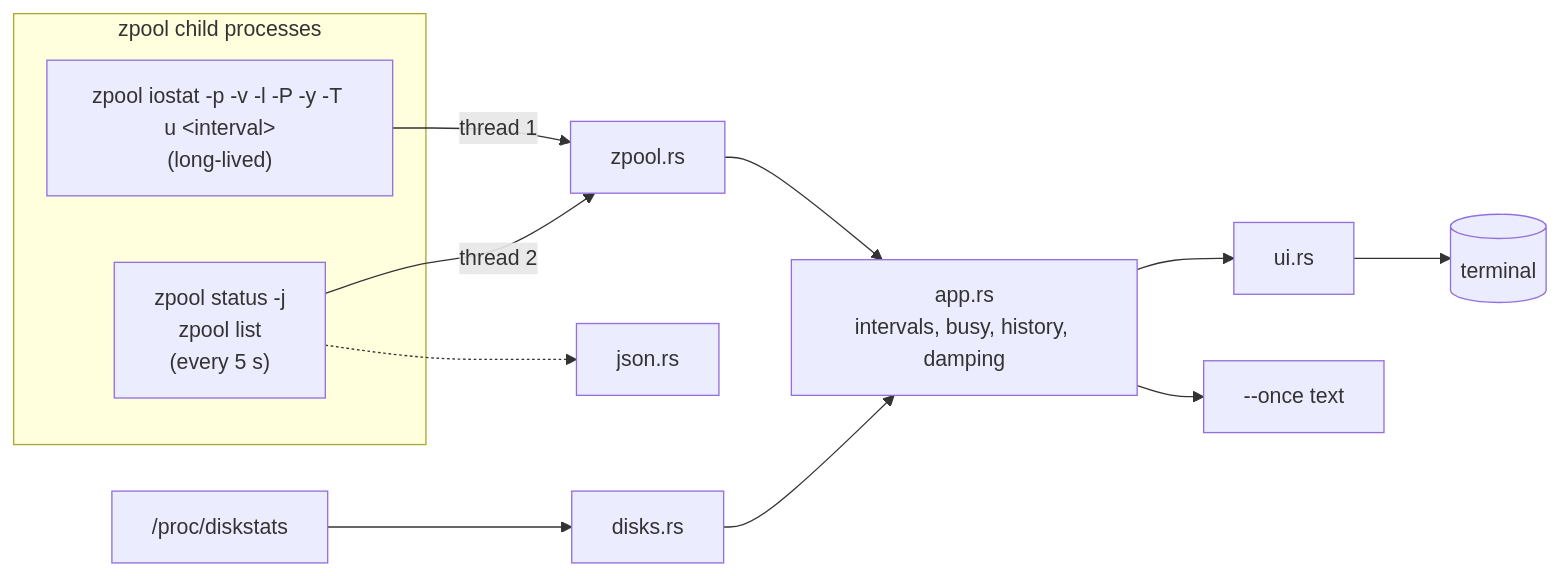
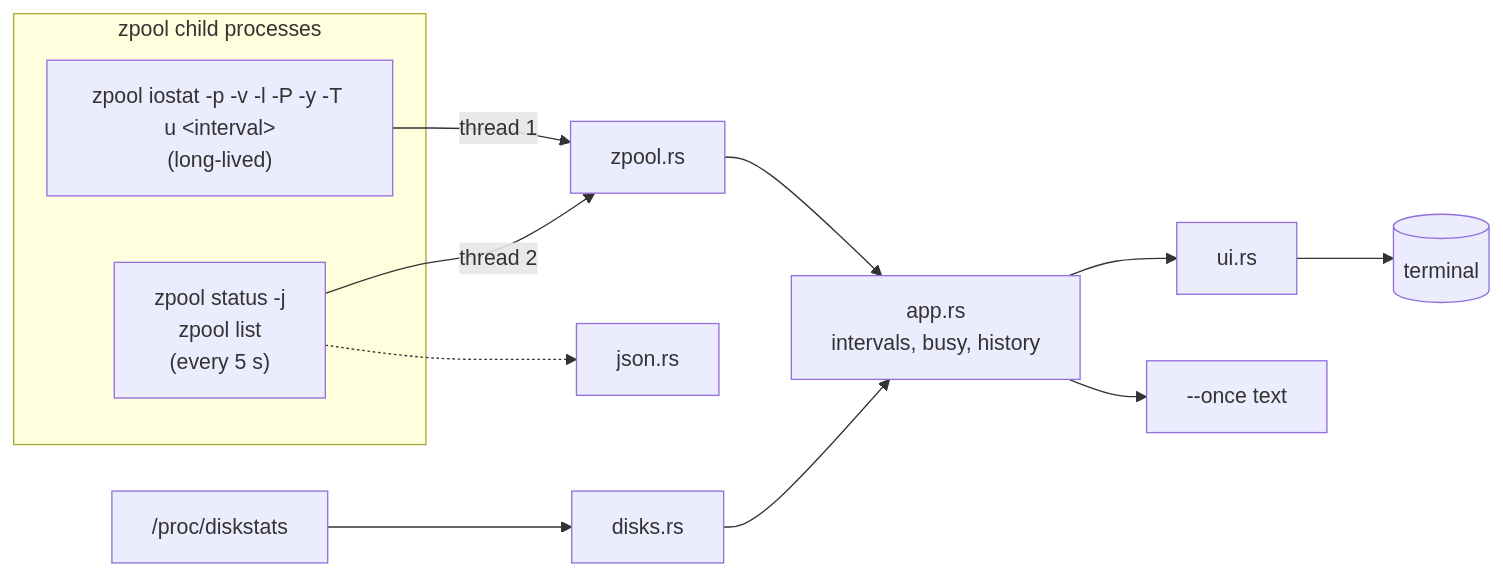
The diagram in README.md (GladTechInfo/iztop), drawn with Mermaid before and after one commit. The commit also changed other lines of this file and 5 other files, not shown here.

First line of the commit message:
iztop 0.2.0: busy history graphs with a 1, 10 or 60 minute window

````diff
--- a/README.md
+++ b/README.md
@@ -676,16 +678,16 @@
 ```mermaid
 flowchart LR
     subgraph Children["zpool child processes"]
         IO["zpool iostat -p -v -l -P -y -T u &lt;interval&gt;<br/>(long-lived)"]
         ST["zpool status -j<br/>zpool list<br/>(every 5 s)"]
     end
     DS["/proc/diskstats"]
     IO -->|thread 1| zp[zpool.rs]
     ST -->|thread 2| zp
     ST -.-> js[json.rs]
     DS --> dk[disks.rs]
-    zp --> app[app.rs<br/>intervals, busy, history, damping]
+    zp --> app[app.rs<br/>intervals, busy, history]
     dk --> app
     app --> ui[ui.rs] --> T[(terminal)]
     app --> once["--once text"]
 ```
````
